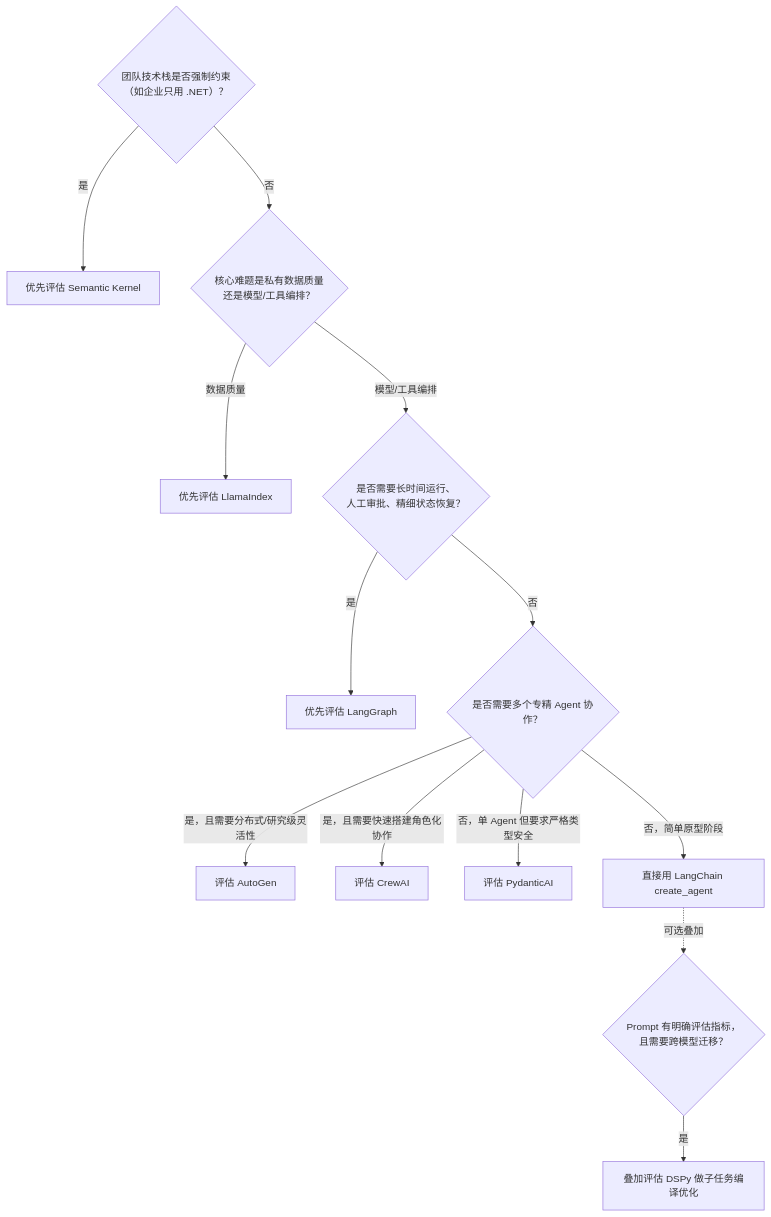
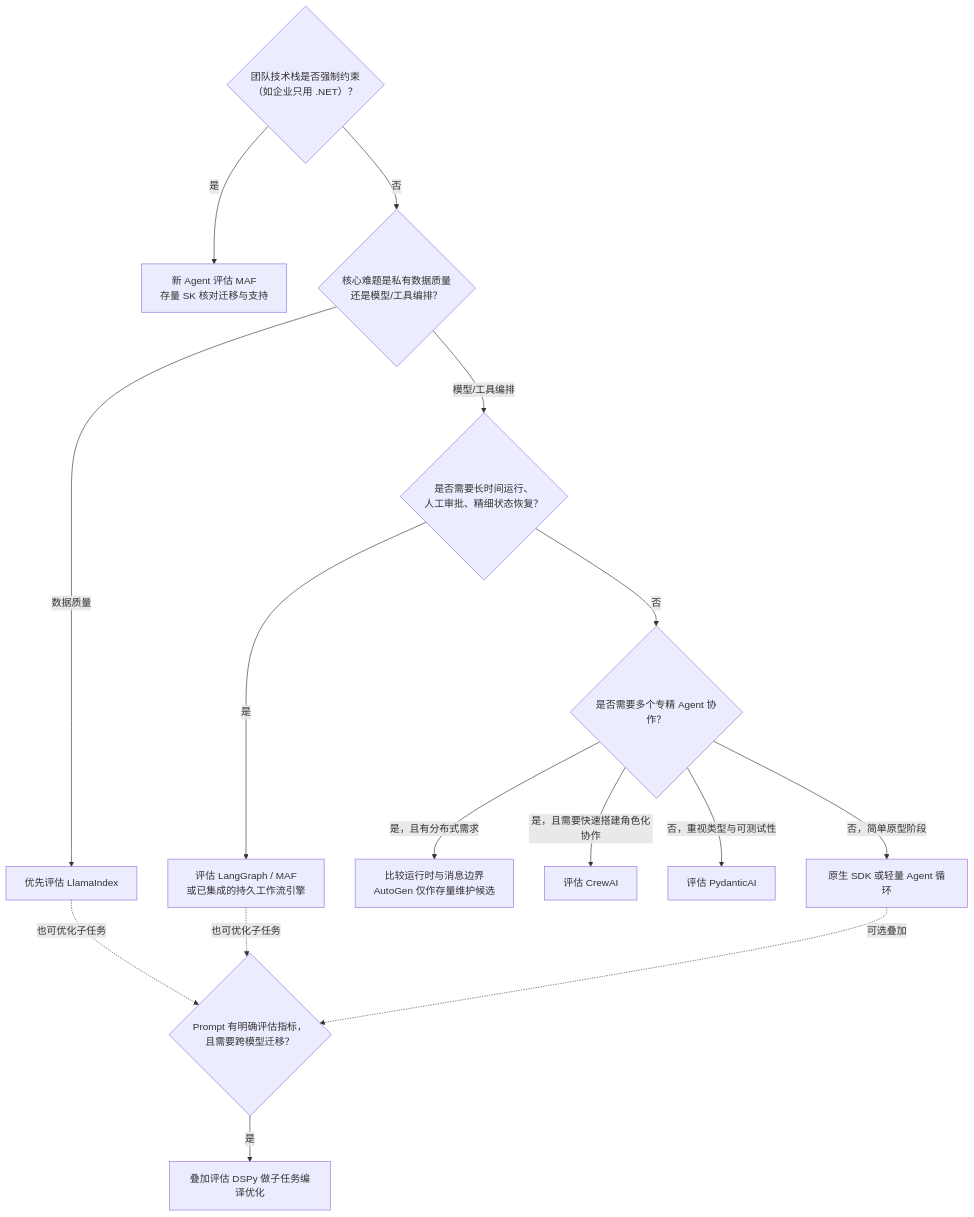
One commit to oneleaveknowsthefall/awesome-ai-roadmap changed the third of 4 diagrams in docs/frameworks/06-selection-portability/23-lockin-and-portable-architecture.md. Above: the diagram before and after it, drawn with Mermaid. The commit also changed other lines of this file and 61 other files, not shown here.

````diff
--- a/docs/frameworks/06-selection-portability/23-lockin-and-portable-architecture.md
+++ b/docs/frameworks/06-selection-portability/23-lockin-and-portable-architecture.md
@@ -54,17 +60,19 @@
 ```mermaid
 flowchart TB
     Q1{"团队技术栈是否强制约束<br/>（如企业只用 .NET）？"}
-    Q1 -->|"是"| SK["优先评估 Semantic Kernel"]
+    Q1 -->|"是"| SK["新 Agent 评估 MAF<br/>存量 SK 核对迁移与支持"]
     Q1 -->|"否"| Q2{"核心难题是私有数据质量<br/>还是模型/工具编排？"}
     Q2 -->|"数据质量"| LI["优先评估 LlamaIndex"]
     Q2 -->|"模型/工具编排"| Q3{"是否需要长时间运行、<br/>人工审批、精细状态恢复？"}
-    Q3 -->|"是"| LG["优先评估 LangGraph"]
+    Q3 -->|"是"| LG["评估 LangGraph / MAF<br/>或已集成的持久工作流引擎"]
     Q3 -->|"否"| Q4{"是否需要多个专精 Agent 协作？"}
-    Q4 -->|"是，且需要分布式/研究级灵活性"| AG["评估 AutoGen"]
+    Q4 -->|"是，且有分布式需求"| AG["比较运行时与消息边界<br/>AutoGen 仅作存量维护候选"]
     Q4 -->|"是，且需要快速搭建角色化协作"| CR["评估 CrewAI"]
-    Q4 -->|"否，单 Agent 但要求严格类型安全"| PA["评估 PydanticAI"]
-    Q4 -->|"否，简单原型阶段"| LC["直接用 LangChain create_agent"]
+    Q4 -->|"否，重视类型与可测试性"| PA["评估 PydanticAI"]
+    Q4 -->|"否，简单原型阶段"| LC["原生 SDK 或轻量 Agent 循环"]
     Q5{"Prompt 有明确评估指标，<br/>且需要跨模型迁移？"}
     LC -.可选叠加.-> Q5
+    LI -.也可优化子任务.-> Q5
+    LG -.也可优化子任务.-> Q5
     Q5 -->|"是"| DS["叠加评估 DSPy 做子任务编译优化"]
 ```
````
